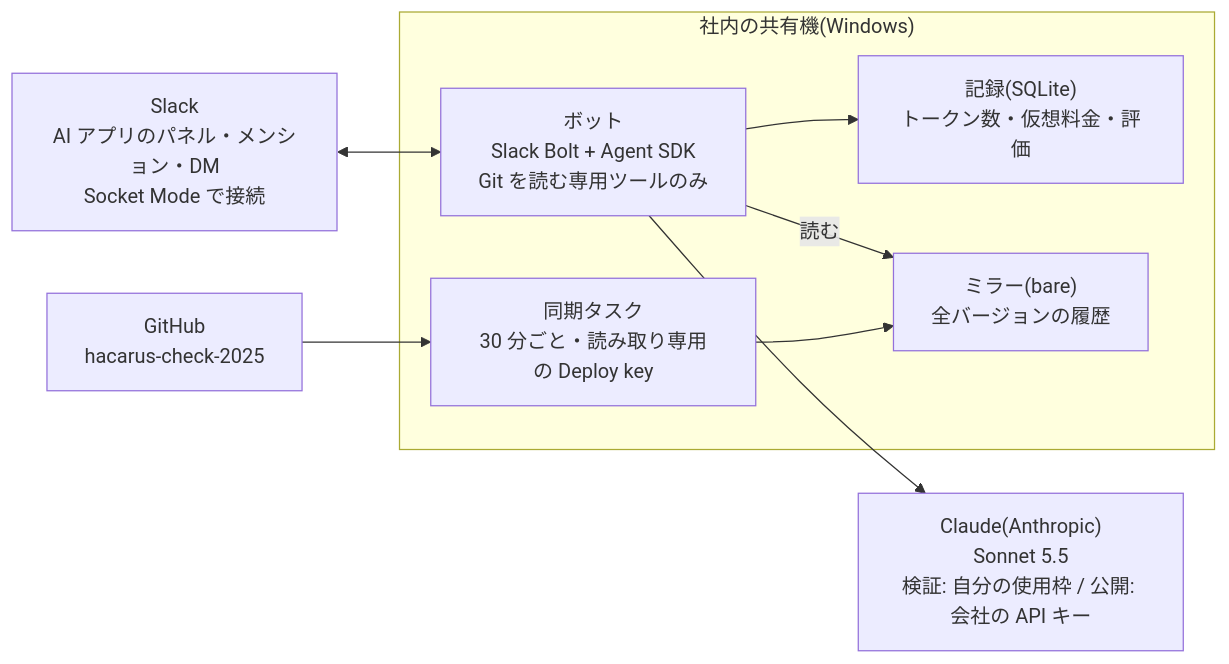
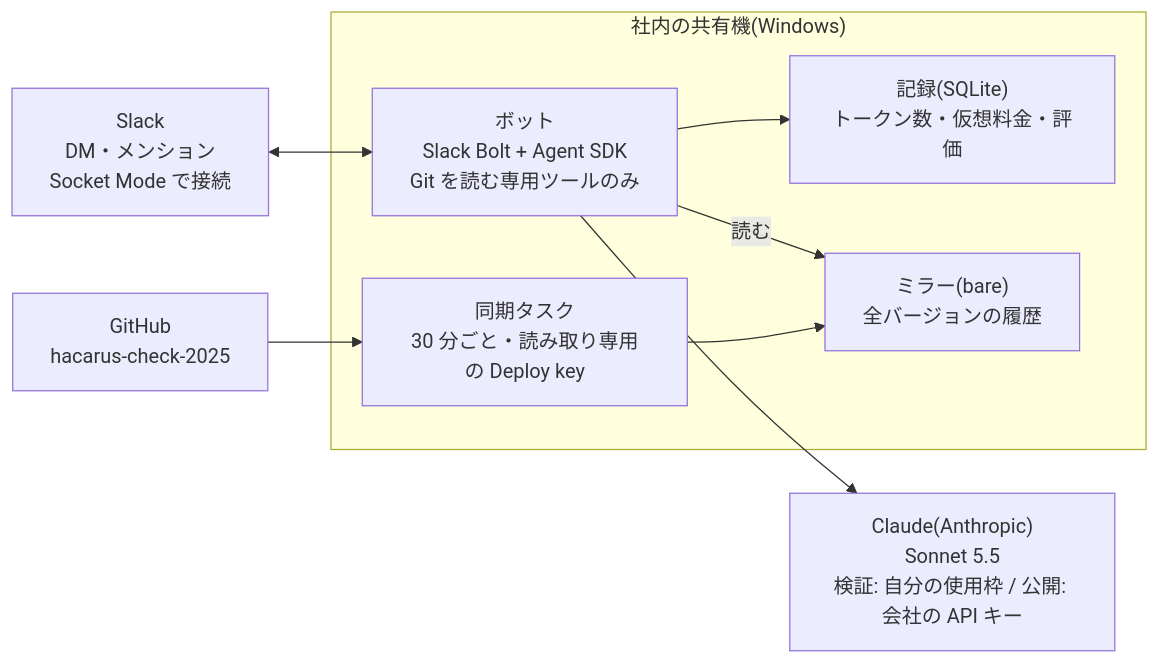
The first of 2 diagrams in docs/design.md (hacarus/hacarus-check-qa-bot), drawn with Mermaid before and after one commit. The commit also changed other lines of this file and 14 other files, not shown here.

````diff
--- a/docs/design.md
+++ b/docs/design.md
@@ -166,18 +169,18 @@
 ```mermaid
 flowchart LR
-    slack["Slack<br>AI アプリのパネル・メンション・DM<br>Socket Mode で接続"]
+    slack["Slack<br>DM・メンション<br>Socket Mode で接続"]
     claude["Claude(Anthropic)<br>Sonnet 5.5<br>検証: 自分の使用枠 / 公開: 会社の API キー"]
     github["GitHub<br>hacarus-check-2025"]
     subgraph machine["社内の共有機(Windows)"]
         bot["ボット<br>Slack Bolt + Agent SDK<br>Git を読む専用ツールのみ"]
         record["記録(SQLite)<br>トークン数・仮想料金・評価"]
         mirror["ミラー(bare)<br>全バージョンの履歴"]
         sync["同期タスク<br>30 分ごと・読み取り専用の Deploy key"]
     end
     slack <--> bot
     bot --> claude
     bot -- 読む --> mirror
     bot --> record
     sync --> mirror
     github --> sync
 ```
````
